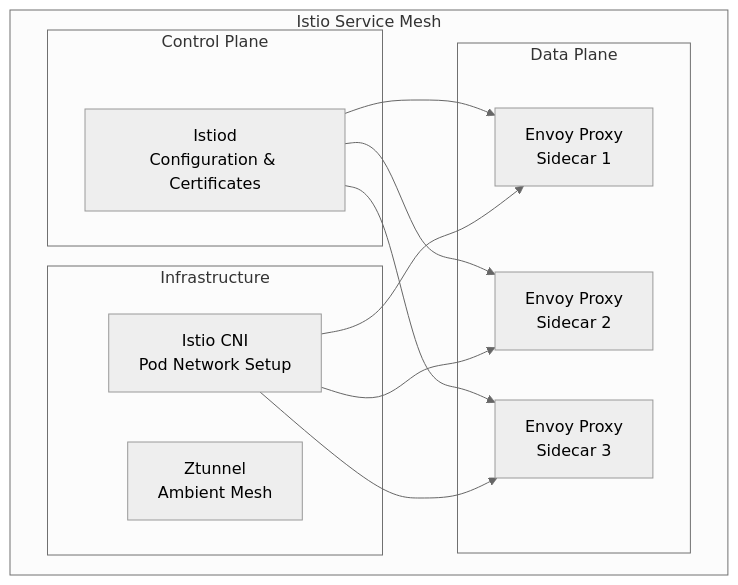
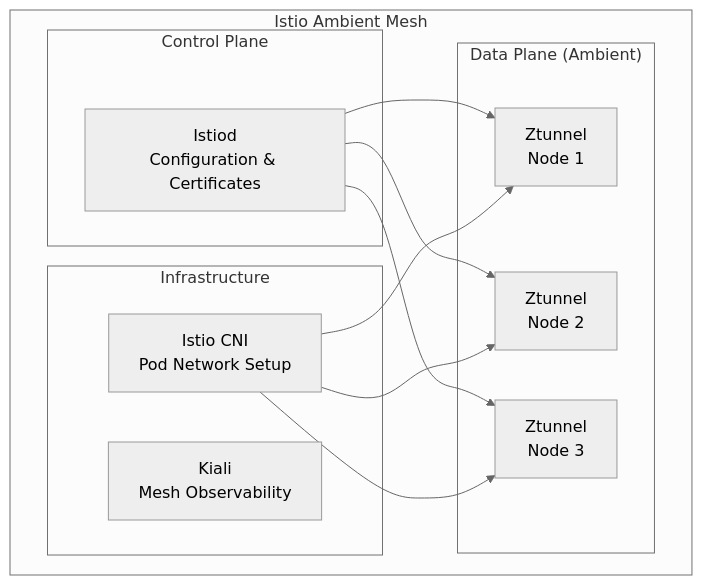
Before and after one commit to enchantednatures/HomeCluster: the second of 5 diagrams in docs/kubernetes-infrastructure.md, drawn with Mermaid (neutral theme). The commit also changed other lines of this file and 9 other files, not shown here.

Commit message:
docs: update architecture and infrastructure documentation

````diff
--- a/docs/kubernetes-infrastructure.md
+++ b/docs/kubernetes-infrastructure.md
@@ -111,26 +115,26 @@
 ```mermaid
 graph TB
-    subgraph "Istio Service Mesh"
+    subgraph "Istio Ambient Mesh"
         subgraph "Control Plane"
             ISTIOD[Istiod<br/>Configuration & Certificates]
         end
-        
-        subgraph "Data Plane"
-            ENVOY1[Envoy Proxy<br/>Sidecar 1]
-            ENVOY2[Envoy Proxy<br/>Sidecar 2]
-            ENVOY3[Envoy Proxy<br/>Sidecar 3]
+
+        subgraph "Data Plane (Ambient)"
+            ZTUNNEL1[Ztunnel<br/>Node 1]
+            ZTUNNEL2[Ztunnel<br/>Node 2]
+            ZTUNNEL3[Ztunnel<br/>Node 3]
         end
-        
+
         subgraph "Infrastructure"
             CNI[Istio CNI<br/>Pod Network Setup]
-            ZTUNNEL[Ztunnel<br/>Ambient Mesh]
+            KIALI[Kiali<br/>Mesh Observability]
         end
     end
-    
-    ISTIOD --> ENVOY1
-    ISTIOD --> ENVOY2
-    ISTIOD --> ENVOY3
-    CNI --> ENVOY1
-    CNI --> ENVOY2
-    CNI --> ENVOY3
+
+    ISTIOD --> ZTUNNEL1
+    ISTIOD --> ZTUNNEL2
+    ISTIOD --> ZTUNNEL3
+    CNI --> ZTUNNEL1
+    CNI --> ZTUNNEL2
+    CNI --> ZTUNNEL3
 ```
````
